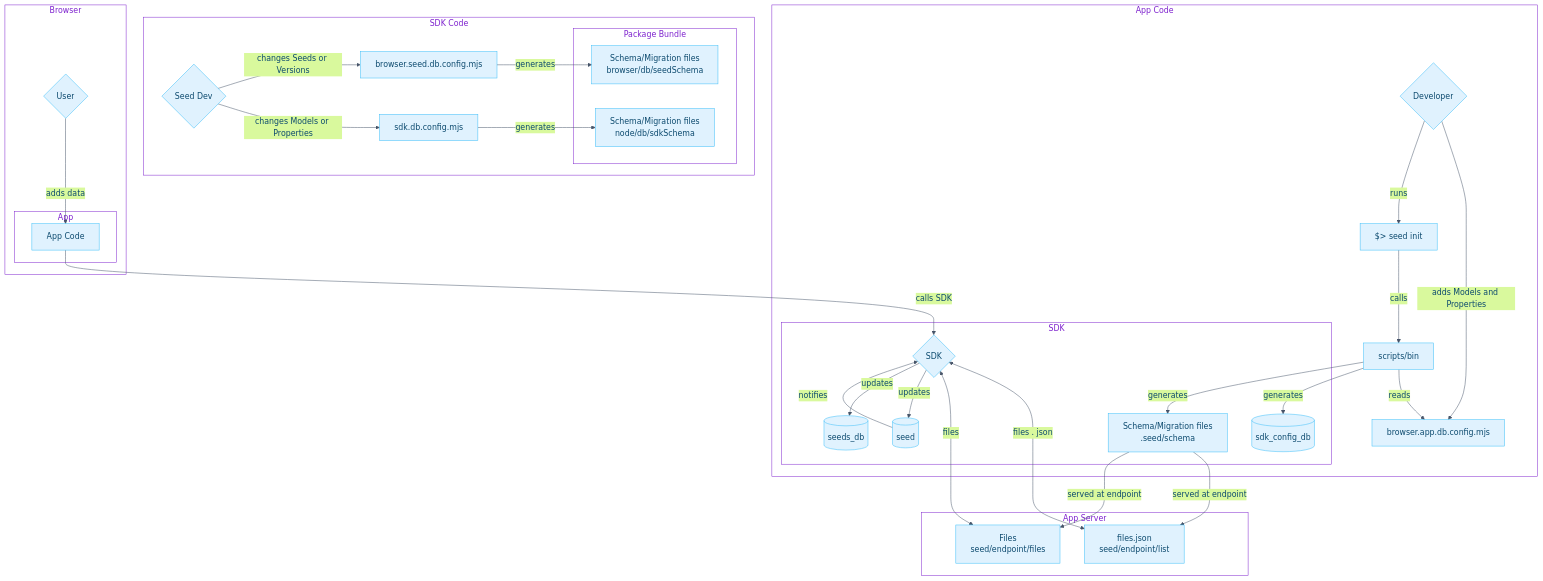
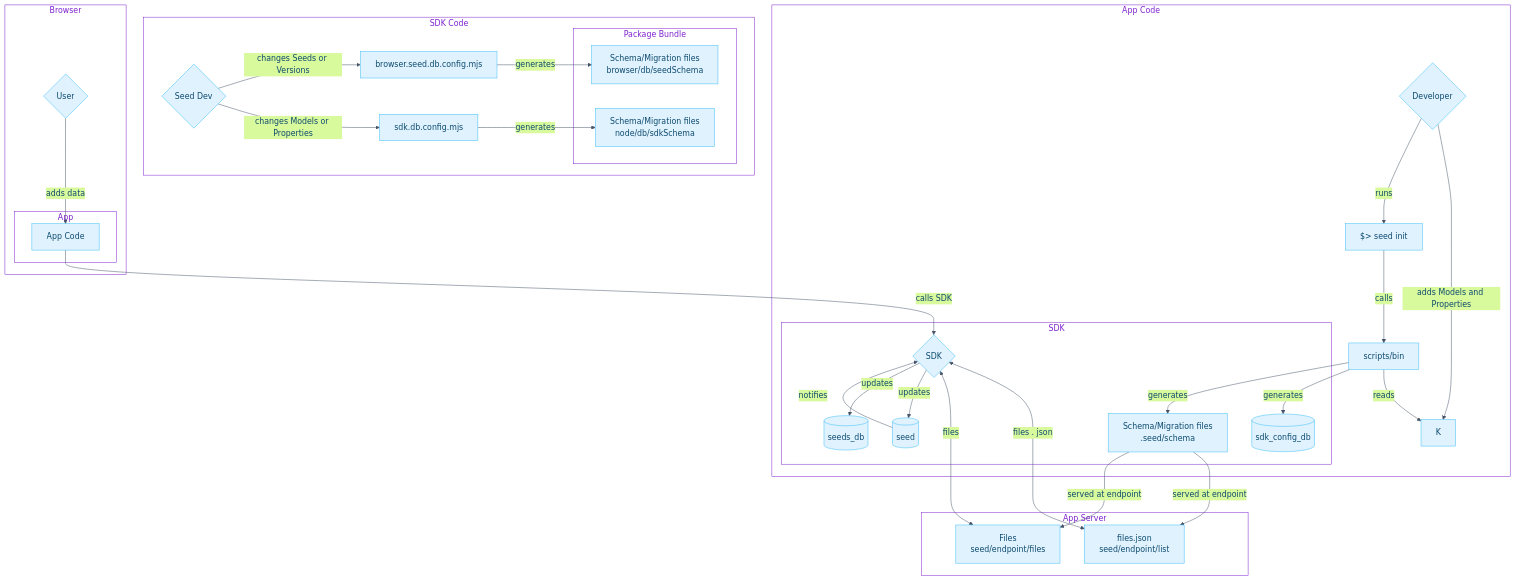
The first of 2 diagrams in README.md (JournoLabs/seed-protocol-sdk), drawn with Mermaid before and after one commit. The commit also changed 148 other files, not shown here.

```diff
--- a/README.md
+++ b/README.md
@@ -283,7 +283,6 @@
 
 I[browser.seed.db.config.mjs]
 J[sdk.db.config.mjs]
-K[browser.app.db.config.mjs]
 
 O[files.json
 seed/endpoint/list]
```
